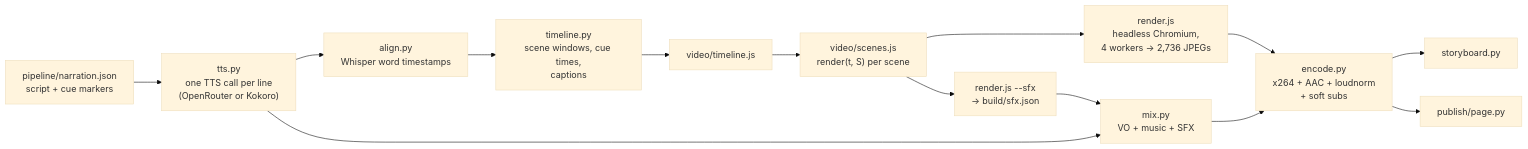
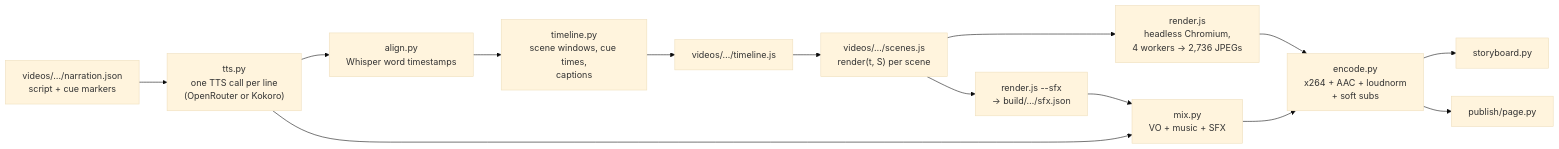
The diagram in docs/behind-the-scenes.md (dudgeon/reqs-as-theory-building), drawn with Mermaid (base theme) before and after one commit. The commit also changed other lines of this file and 14 other files, not shown here.

````diff
--- a/docs/behind-the-scenes.md
+++ b/docs/behind-the-scenes.md
@@ -27,16 +27,16 @@
 ```mermaid
 flowchart LR
-  N["pipeline/narration.json<br/>script + cue markers"] --> TTS["tts.py<br/>one TTS call per line<br/>(OpenRouter or Kokoro)"]
+  N["videos/…/narration.json<br/>script + cue markers"] --> TTS["tts.py<br/>one TTS call per line<br/>(OpenRouter or Kokoro)"]
   TTS --> AL["align.py<br/>Whisper word timestamps"]
   AL --> TL["timeline.py<br/>scene windows, cue times,<br/>captions"]
-  TL --> JS["video/timeline.js"]
-  JS --> SC["video/scenes.js<br/>render(t, S) per scene"]
+  TL --> JS["videos/…/timeline.js"]
+  JS --> SC["videos/…/scenes.js<br/>render(t, S) per scene"]
   SC --> R["render.js<br/>headless Chromium,<br/>4 workers → 2,736 JPEGs"]
-  SC --> SFX["render.js --sfx<br/>→ build/sfx.json"]
+  SC --> SFX["render.js --sfx<br/>→ build/…/sfx.json"]
   SFX --> MIX["mix.py<br/>VO + music + SFX"]
   TTS --> MIX
   R --> ENC["encode.py<br/>x264 + AAC + loudnorm<br/>+ soft subs"]
   MIX --> ENC
   ENC --> SB["storyboard.py"]
   ENC --> PG["publish/page.py"]
 ```
````
